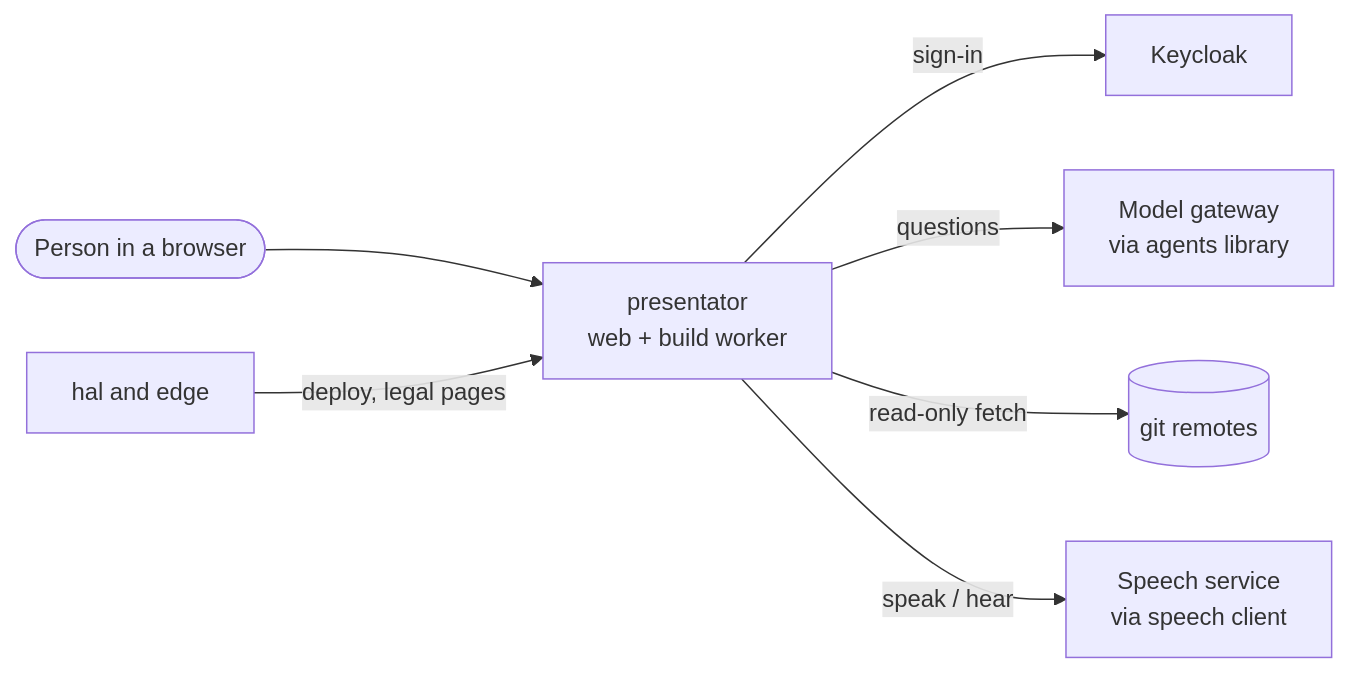
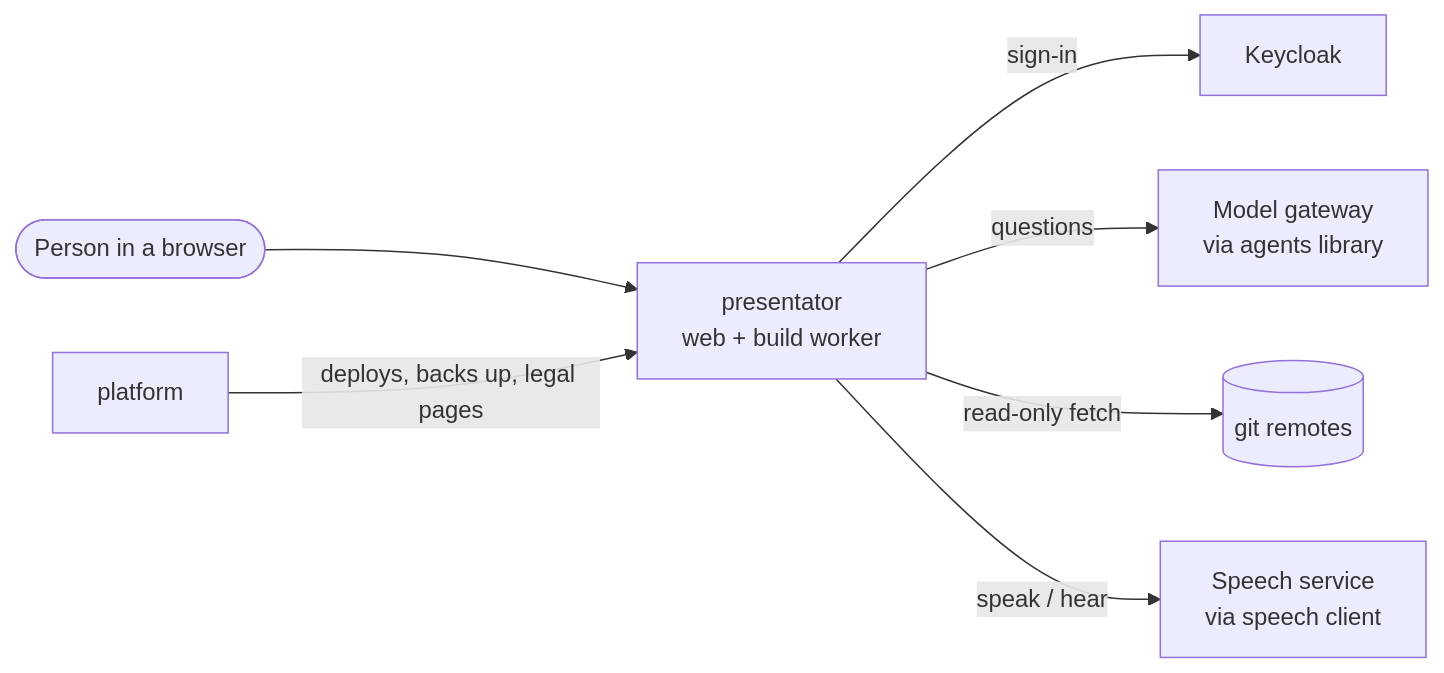
One commit to overnightworks/presentator changed the first of 4 diagrams in docs/ARCHITECTURE.md. Above: the diagram before and after it, drawn with Mermaid. The commit also changed other lines of this file and 4 other files, not shown here.

First line of the commit message:
The documents describe the one deployment presentator has, on the platform (#1112)

````diff
--- a/docs/ARCHITECTURE.md
+++ b/docs/ARCHITECTURE.md
@@ -14,10 +14,10 @@
 ```mermaid
 flowchart LR
     person([Person in a browser]) --> presentator
     presentator[presentator<br/>web + build worker]
     presentator -- sign-in --> keycloak[Keycloak]
     presentator -- questions --> gateway[Model gateway<br/>via agents library]
     presentator -- read-only fetch --> git[(git remotes)]
     presentator -- speak / hear --> speech[Speech service<br/>via speech client]
-    hal[hal and edge] -- deploy, legal pages --> presentator
+    platform[platform] -- deploys, backs up, legal pages --> presentator
 ```
````
